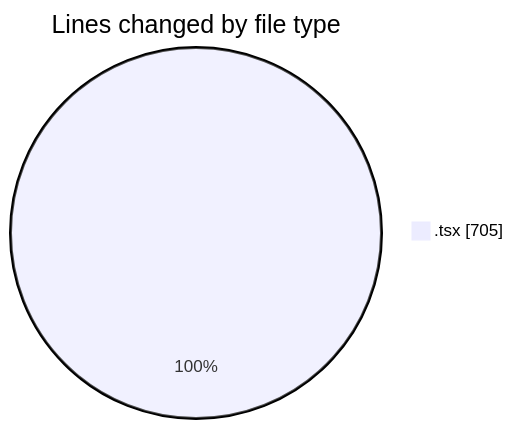
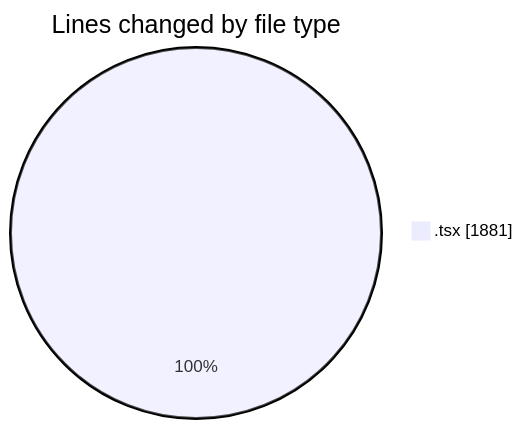
Before and after one commit to nxtqubesakshisongat/code-tracking: the first of 2 diagrams in 2026-03-10/nxtqube_webapp/README.md, drawn with Mermaid. The commit also changed other lines of this file and 1 other file, not shown here.

````diff
--- a/2026-03-10/nxtqube_webapp/README.md
+++ b/2026-03-10/nxtqube_webapp/README.md
@@ -20,5 +21,5 @@
 ```mermaid
 pie showData
 title Lines changed by file type
-".tsx" : 705
+".tsx" : 1881
 ```
````
